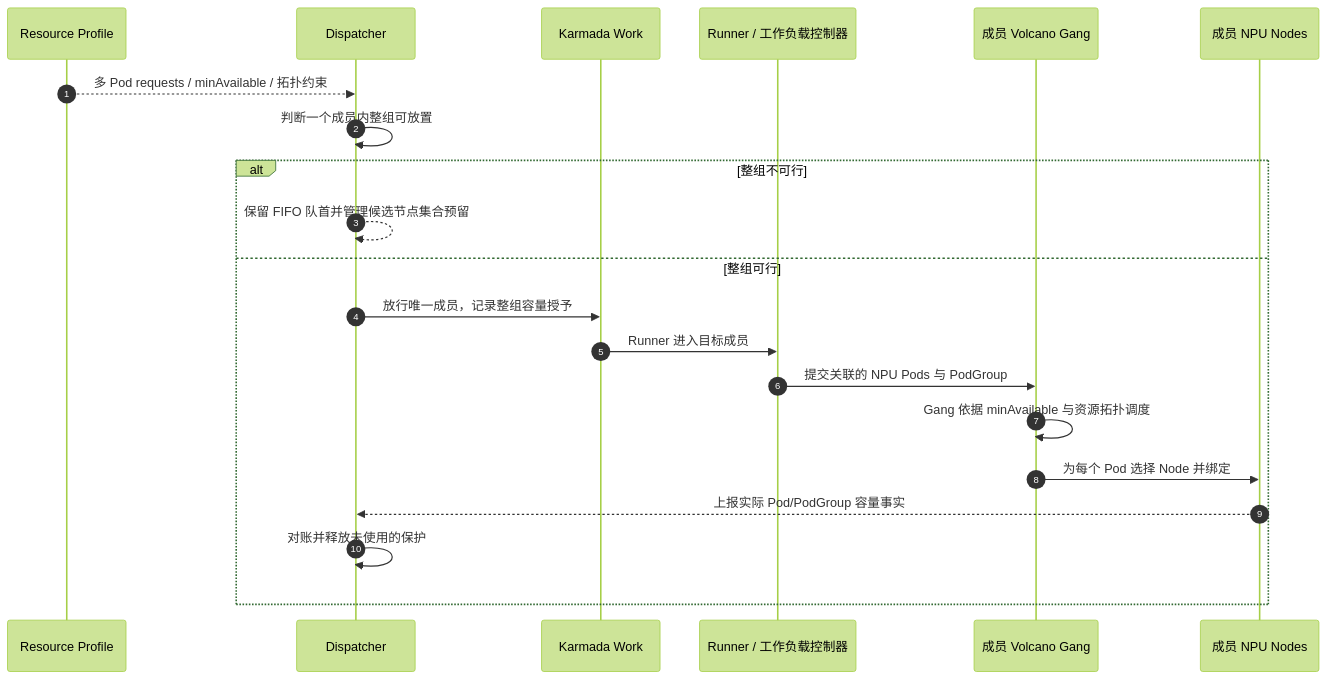
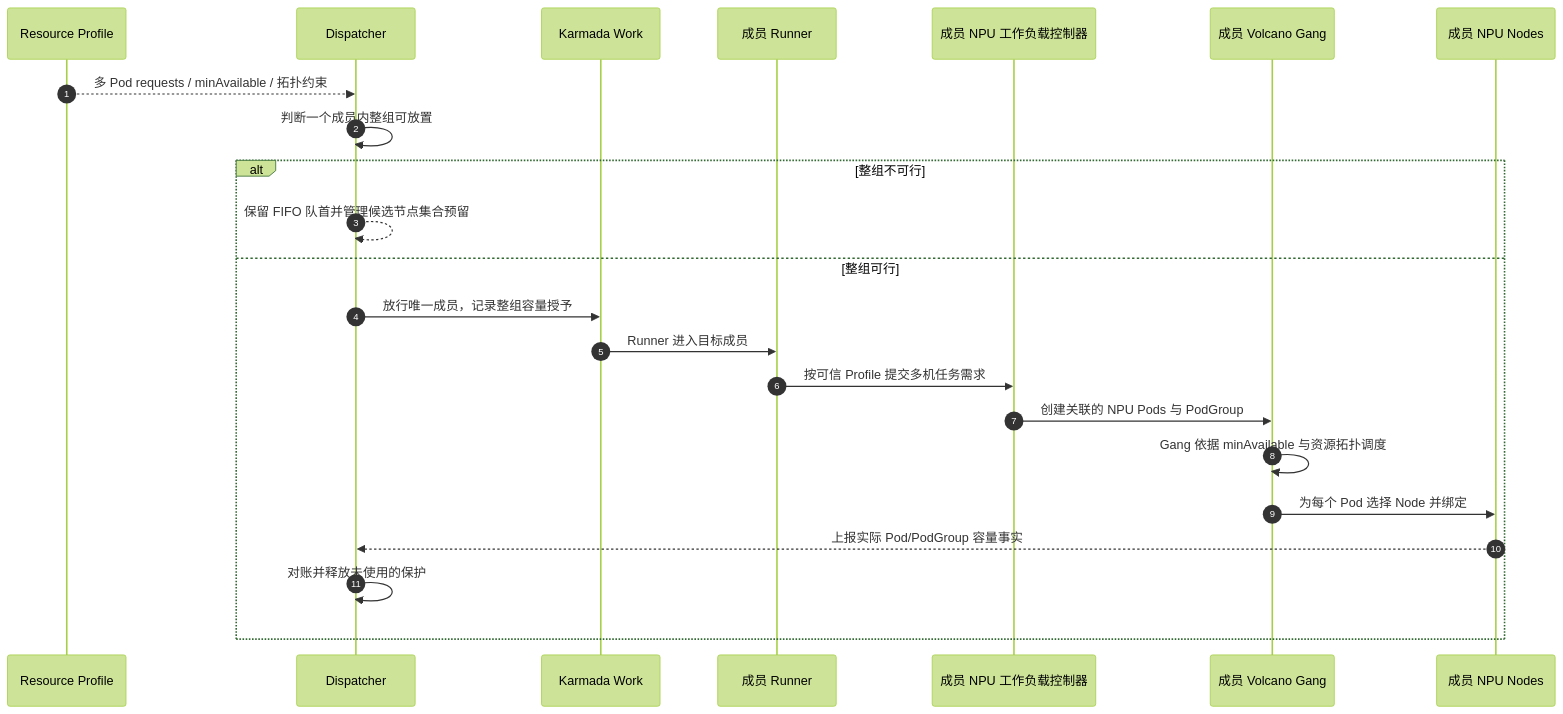
One commit to pkking/arc-karmada-test changed diagram 18 of 18 in docs/ASCEND-CI-FEDERATED-CLUSTER-FUNCTIONAL-DESIGN.md. Above: the diagram before and after it, drawn with Mermaid (forest theme). The commit also changed other lines of this file and 2 other files, not shown here.

First line of the commit message:
docs: 收敛 NPU 需求先验、成员放置和 Runner 状态正确性设计 (#15)

````diff
--- a/docs/ASCEND-CI-FEDERATED-CLUSTER-FUNCTIONAL-DESIGN.md
+++ b/docs/ASCEND-CI-FEDERATED-CLUSTER-FUNCTIONAL-DESIGN.md
@@ -2018,23 +2060,25 @@
 ```mermaid
 sequenceDiagram
     autonumber
     participant P as Resource Profile
     participant D as Dispatcher
     participant K as Karmada Work
-    participant R as Runner / 工作负载控制器
+    participant R as 成员 Runner
+    participant W as 成员 NPU 工作负载控制器
     participant V as 成员 Volcano Gang
     participant N as 成员 NPU Nodes
     P-->>D: 多 Pod requests / minAvailable / 拓扑约束
     D->>D: 判断一个成员内整组可放置
     alt 整组不可行
         D-->>D: 保留 FIFO 队首并管理候选节点集合预留
     else 整组可行
         D->>K: 放行唯一成员，记录整组容量授予
         K->>R: Runner 进入目标成员
-        R->>V: 提交关联的 NPU Pods 与 PodGroup
+        R->>W: 按可信 Profile 提交多机任务需求
+        W->>V: 创建关联的 NPU Pods 与 PodGroup
         V->>V: Gang 依据 minAvailable 与资源拓扑调度
         V->>N: 为每个 Pod 选择 Node 并绑定
         N-->>D: 上报实际 Pod/PodGroup 容量事实
         D->>D: 对账并释放未使用的保护
     end
 ```
````
